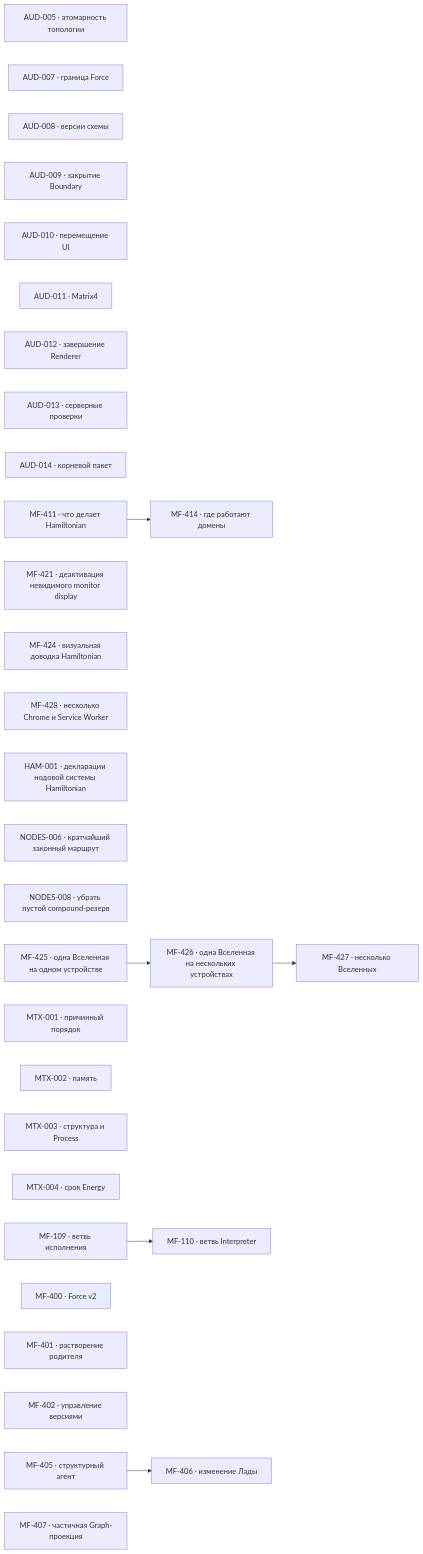
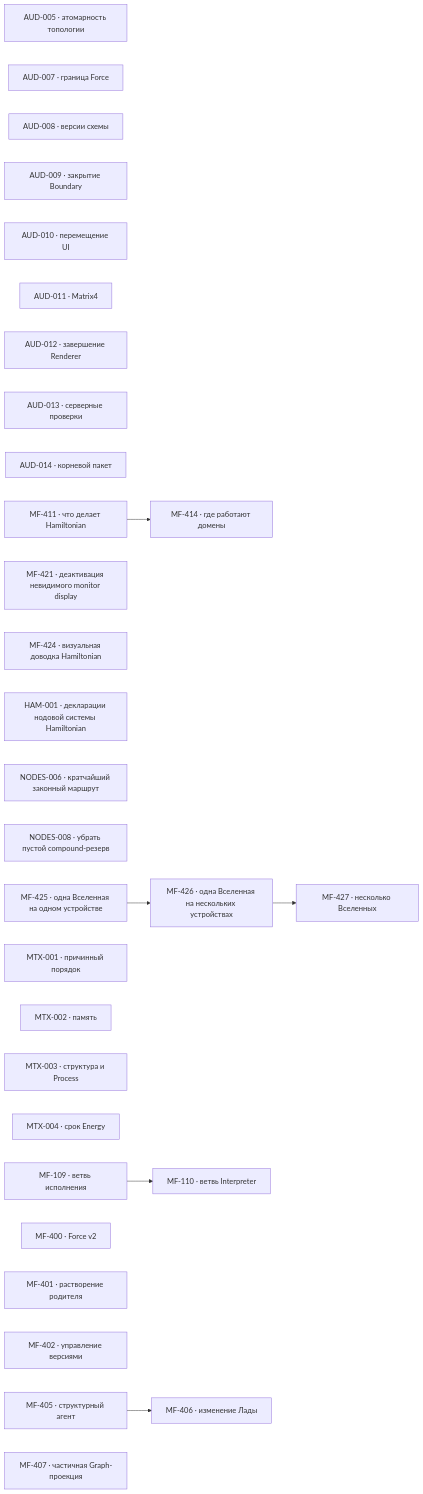
One commit to zavx0z/metafor changed the diagram in project/TODO.md. Above: the diagram before and after it, drawn with Mermaid. The commit also changed other lines of this file and 16 other files, not shown here.

````diff
--- a/project/TODO.md
+++ b/project/TODO.md
@@ -13,40 +13,39 @@
 ```mermaid
 flowchart LR
     AUD005["AUD-005 · атомарность топологии"]
     AUD007["AUD-007 · граница Force"]
     AUD008["AUD-008 · версии схемы"]
     AUD009["AUD-009 · закрытие Boundary"]
     AUD010["AUD-010 · перемещение UI"]
     AUD011["AUD-011 · Matrix4"]
     AUD012["AUD-012 · завершение Renderer"]
     AUD013["AUD-013 · серверные проверки"]
     AUD014["AUD-014 · корневой пакет"]
     MF411["MF-411 · что делает Hamiltonian"]
     MF414["MF-414 · где работают домены"]
     MF421["MF-421 · деактивация невидимого monitor display"]
     MF424["MF-424 · визуальная доводка Hamiltonian"]
-    MF428["MF-428 · несколько Chrome и Service Worker"]
     HAM001["HAM-001 · декларации нодовой системы Hamiltonian"]
     NODES006["NODES-006 · кратчайший законный маршрут"]
     NODES008["NODES-008 · убрать пустой compound-резерв"]
     MF425["MF-425 · одна Вселенная на одном устройстве"]
     MF426["MF-426 · одна Вселенная на нескольких устройствах"]
     MF427["MF-427 · несколько Вселенных"]
     MTX001["MTX-001 · причинный порядок"]
     MTX002["MTX-002 · память"]
     MTX003["MTX-003 · структура и Process"]
     MTX004["MTX-004 · срок Energy"]
     MF109["MF-109 · ветвь исполнения"]
     MF110["MF-110 · ветвь Interpreter"]
     MF400["MF-400 · Force v2"]
     MF401["MF-401 · растворение родителя"]
     MF402["MF-402 · управление версиями"]
     MF405["MF-405 · структурный агент"]
     MF406["MF-406 · изменение Лады"]
     MF407["MF-407 · частичная Graph-проекция"]
     MF109 --> MF110
     MF405 --> MF406
     MF411 --> MF414
     MF425 --> MF426
     MF426 --> MF427
 ```
````
